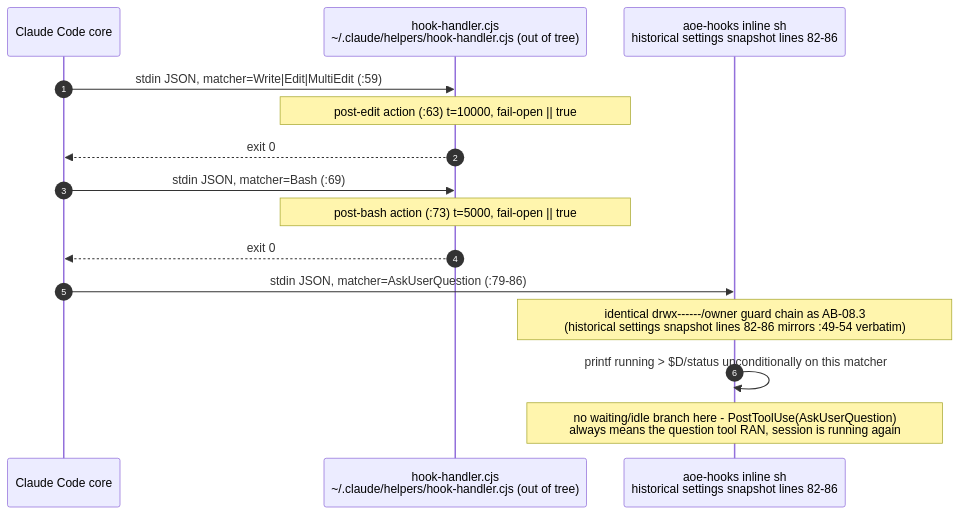
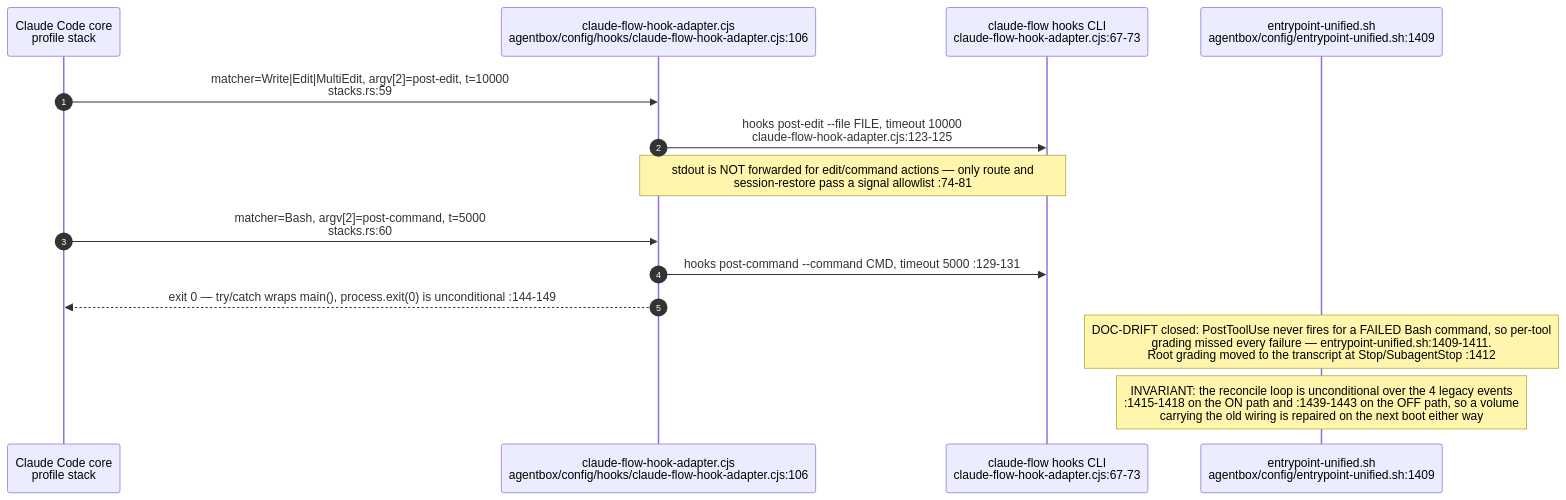
One commit to DreamLab-AI/VisionFlow changed the fourth of 14 diagrams in docs/diagrams/agentbox/08-hooks-pipeline.md. Above: the diagram before and after it, drawn with Mermaid. The commit also changed other lines of this file and 7 other files, not shown here.

Commit message:
docs(diagrams): bind closeout security and retrieval flows to source

````diff
--- a/docs/diagrams/agentbox/08-hooks-pipeline.md
+++ b/docs/diagrams/agentbox/08-hooks-pipeline.md
@@ -172,20 +153,17 @@
 ```mermaid
 sequenceDiagram
     autonumber
-    participant CC as Claude Code core
-    participant HH as hook-handler.cjs<br/>~/.claude/helpers/hook-handler.cjs (out of tree)
-    participant AOE as aoe-hooks inline sh<br/>historical settings snapshot lines 82-86
+    participant CC as Claude Code core<br/>profile stack
+    participant AD as claude-flow-hook-adapter.cjs<br/>agentbox/config/hooks/claude-flow-hook-adapter.cjs:106
+    participant CLI as claude-flow hooks CLI<br/>claude-flow-hook-adapter.cjs:67-73
+    participant EP as entrypoint-unified.sh<br/>agentbox/config/entrypoint-unified.sh:1409
 
-    CC->>HH: stdin JSON, matcher=Write#124;Edit#124;MultiEdit (:59)
-    Note over HH: post-edit action (:63) t=10000, fail-open #124;#124; true
-    HH-->>CC: exit 0
-
-    CC->>HH: stdin JSON, matcher=Bash (:69)
-    Note over HH: post-bash action (:73) t=5000, fail-open #124;#124; true
-    HH-->>CC: exit 0
-
-    CC->>AOE: stdin JSON, matcher=AskUserQuestion (:79-86)
-    Note over AOE: identical drwx------/owner guard chain as AB-08.3<br/>#40;historical settings snapshot lines 82-86 mirrors :49-54 verbatim#41;
-    AOE->>AOE: printf running > $D/status unconditionally on this matcher
-    Note over AOE: no waiting/idle branch here - PostToolUse#40;AskUserQuestion#41;<br/>always means the question tool RAN, session is running again
+    CC->>AD: matcher=Write#124;Edit#124;MultiEdit, argv#91;2#93;=post-edit, t=10000<br/>stacks.rs:59
+    AD->>CLI: hooks post-edit --file FILE, timeout 10000<br/>claude-flow-hook-adapter.cjs:123-125
+    Note over AD,CLI: stdout is NOT forwarded for edit/command actions — only route and<br/>session-restore pass a signal allowlist :74-81
+    CC->>AD: matcher=Bash, argv#91;2#93;=post-command, t=5000<br/>stacks.rs:60
+    AD->>CLI: hooks post-command --command CMD, timeout 5000 :129-131
+    AD-->>CC: exit 0 — try/catch wraps main#40;#41;, process.exit#40;0#41; is unconditional :144-149
+    Note over EP: DOC-DRIFT closed: PostToolUse never fires for a FAILED Bash command, so per-tool<br/>grading missed every failure — entrypoint-unified.sh:1409-1411.<br/>Root grading moved to the transcript at Stop/SubagentStop :1412
+    Note over EP: INVARIANT: the reconcile loop is unconditional over the 4 legacy events<br/>:1415-1418 on the ON path and :1439-1443 on the OFF path, so a volume<br/>carrying the old wiring is repaired on the next boot either way
 ```
````
